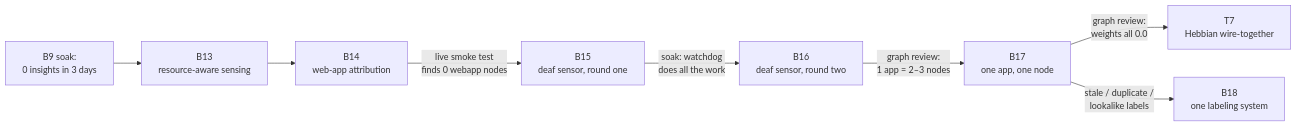
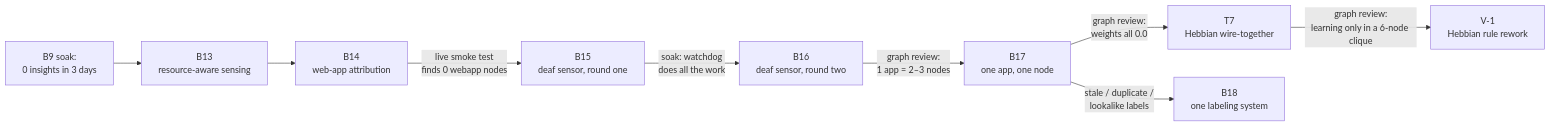
Before and after one commit to bhanot-99/NeuroPACA: diagram 15 of 15 in RESEARCH_DOSSIER.md, drawn with Mermaid. The commit also changed other lines of this file, not shown here.

First line of the commit message:
docs: RESEARCH_DOSSIER §21.8 — V-1 Hebbian clique fix chapter

````diff
--- a/RESEARCH_DOSSIER.md
+++ b/RESEARCH_DOSSIER.md
@@ -1493,10 +1496,11 @@
 ```mermaid
 flowchart LR
     B9["B9 soak:<br/>0 insights in 3 days"] --> B13["B13<br/>resource-aware sensing"]
     B13 --> B14["B14<br/>web-app attribution"]
     B14 -->|live smoke test<br/>finds 0 webapp nodes| B15["B15<br/>deaf sensor, round one"]
     B15 -->|soak: watchdog<br/>does all the work| B16["B16<br/>deaf sensor, round two"]
     B16 -->|graph review:<br/>1 app = 2–3 nodes| B17["B17<br/>one app, one node"]
     B17 -->|graph review:<br/>weights all 0.0| T7["T7<br/>Hebbian wire-together"]
+    T7 -->|graph review:<br/>learning only in a 6-node clique| V1["V-1<br/>Hebbian rule rework"]
     B17 -->|stale / duplicate /<br/>lookalike labels| B18["B18<br/>one labeling system"]
 ```
````
